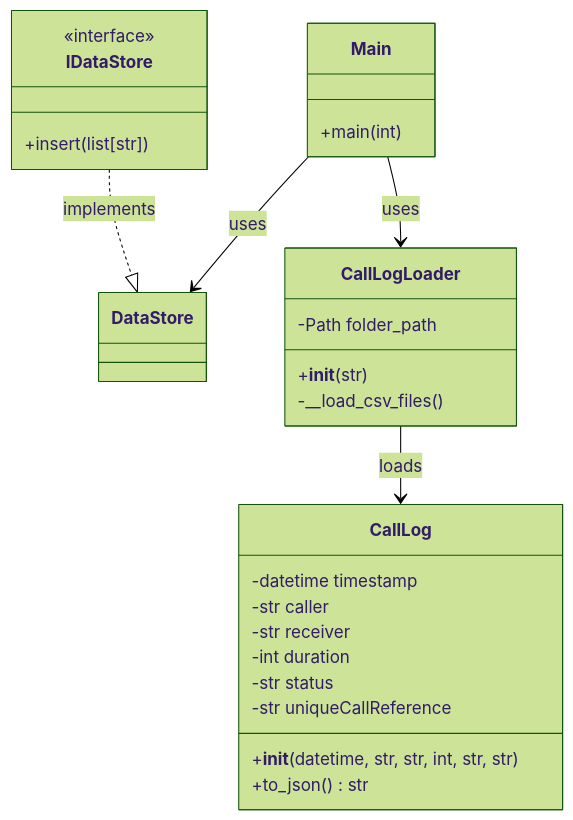
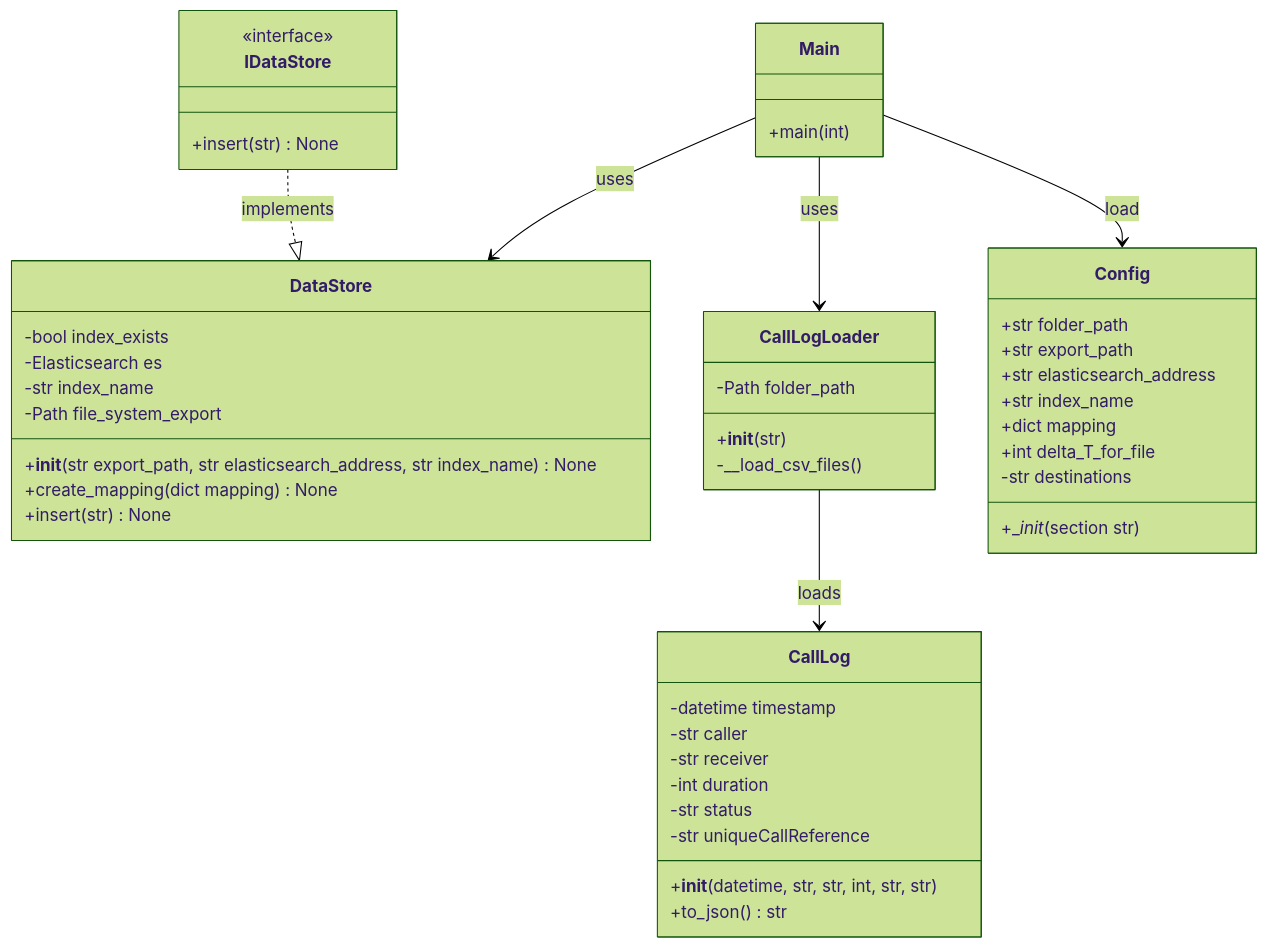
One commit to Davide-OttoneCasagrande/Call-Log-Handler changed the second of 5 diagrams in docs/drs.md. Above: the diagram before and after it, drawn with Mermaid (forest theme). The commit also changed other lines of this file and 8 other files, not shown here.

Commit message:
refactor: separate concerns between main and config for better encapsulation, corrected minor rebase mistake

```diff
--- a/docs/drs.md
+++ b/docs/drs.md
@@ -165,38 +182,56 @@
 ::: mermaid
 classDiagram
 
-    IDataStore ..|> DataStore : implements
-    CallLogLoader --> CallLog : loads
-    Main --> CallLogLoader : uses
-    Main --> DataStore : uses 
+  IDataStore ..|> DataStore : implements
+  CallLogLoader --> CallLog : loads
+  Main --> CallLogLoader : uses
+  Main --> DataStore : uses
+  Main --> Config : load
 
+  class Config {
+    +str folder_path
+    +str export_path
+    +str elasticsearch_address
+    +str index_name
+    +dict mapping
+    +int delta_T_for_file
+    -str destinations
+    +__init_(section str)
+  }
 
-    class CallLog {
-        -datetime timestamp
-        -str caller
-        -str receiver
-        -int duration
-        -str status
-        -str uniqueCallReference
-        +__init__(datetime, str, str, int, str, str)
-        +to_json() str
-    }
-   
-    class CallLogLoader {
-        -Path folder_path
-        +__init__(str)
-        -__load_csv_files()
-    }
-    
-    class IDataStore {
-        <<interface>>
-        +insert(list[str])
-    }
+  class CallLog {
+    -datetime timestamp
+    -str caller
+    -str receiver
+    -int duration
+    -str status
+    -str uniqueCallReference
+    +__init__(datetime, str, str, int, str, str)
+    +to_json() str
+  }
 
-    class DataStore { }
+  class CallLogLoader {
+    -Path folder_path
+    +__init__(str)
+    -__load_csv_files()
+  }
 
-    
-class Main {
-        +main(int)
-    }
+  class IDataStore {
+    <<interface>>
+    +insert(str) None
+  }
+
+  class DataStore {
+    -bool index_exists
+    -Elasticsearch es
+    -str index_name
+    -Path file_system_export
+    +__init__(str export_path, str elasticsearch_address, str index_name) None
+    +create_mapping(dict mapping) None
+    +insert(str) None
+  }
+
+  class Main {
+    +main(int)
+  }
 :::
```
